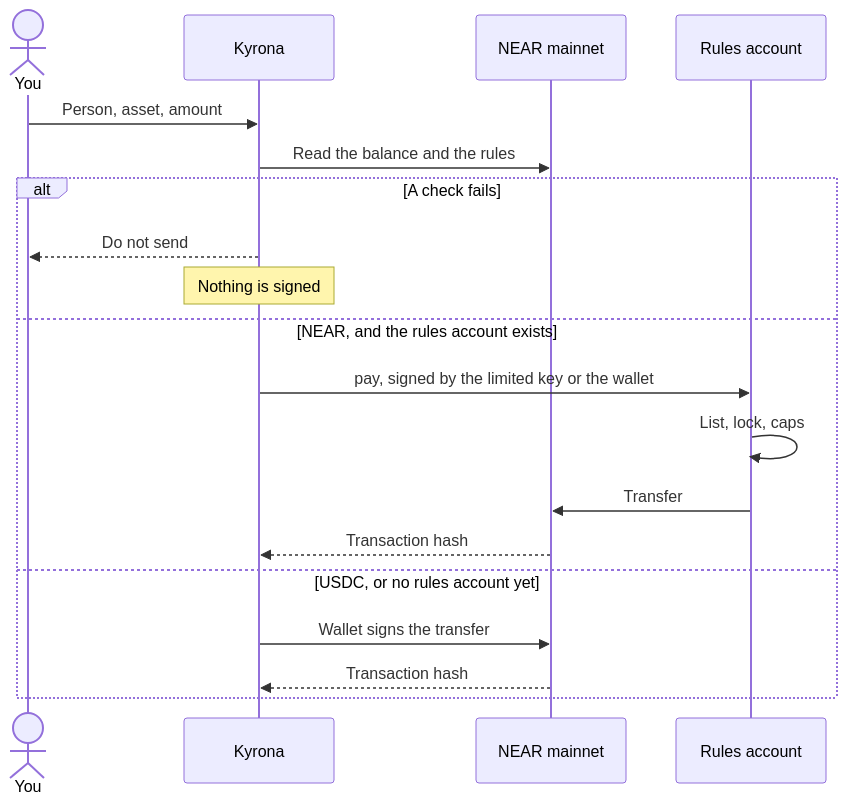
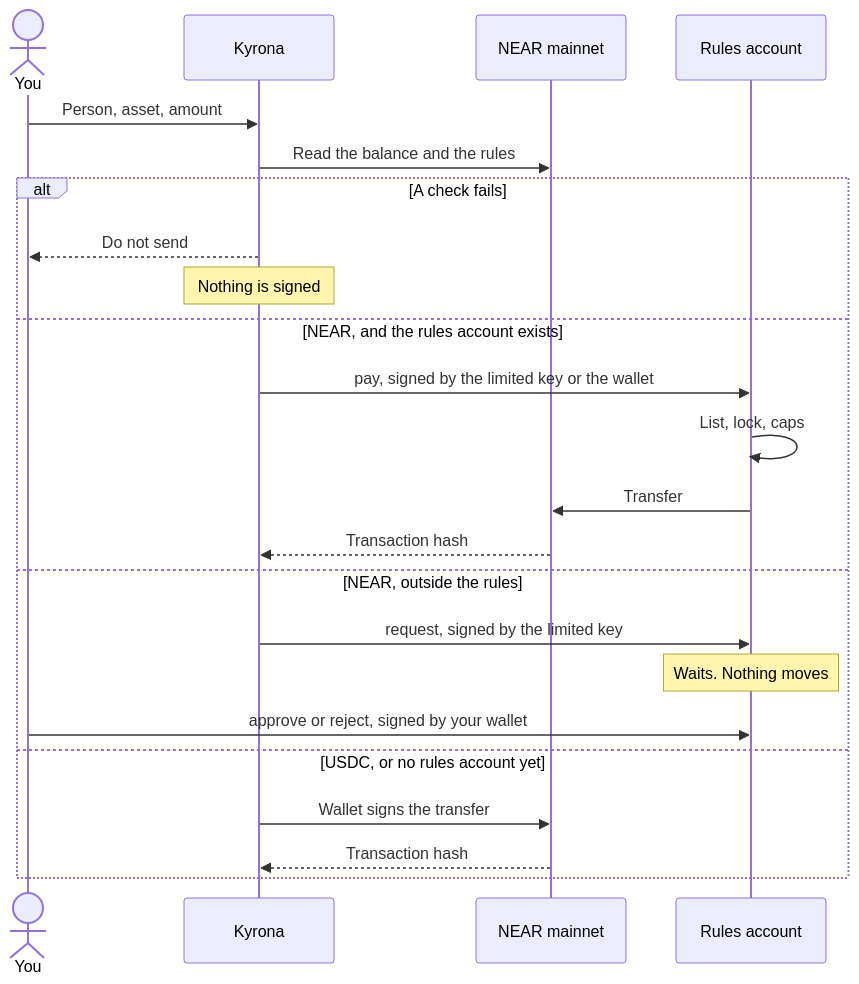
Before and after one commit to thesithunyein/kyrona: the diagram in README.md, drawn with Mermaid. The commit also changed other lines of this file and 15 other files, not shown here.

````diff
--- a/README.md
+++ b/README.md
@@ -46,22 +46,26 @@
 ```mermaid
 sequenceDiagram
   actor You
   participant Desk as Kyrona
   participant Chain as NEAR mainnet
   participant Rules as Rules account
 
   You->>Desk: Person, asset, amount
   Desk->>Chain: Read the balance and the rules
   alt A check fails
     Desk-->>You: Do not send
     Note over Desk: Nothing is signed
   else NEAR, and the rules account exists
     Desk->>Rules: pay, signed by the limited key or the wallet
     Rules->>Rules: List, lock, caps
     Rules->>Chain: Transfer
     Chain-->>Desk: Transaction hash
+  else NEAR, outside the rules
+    Desk->>Rules: request, signed by the limited key
+    Note over Rules: Waits. Nothing moves
+    You->>Rules: approve or reject, signed by your wallet
   else USDC, or no rules account yet
     Desk->>Chain: Wallet signs the transfer
     Chain-->>Desk: Transaction hash
   end
 ```
````
